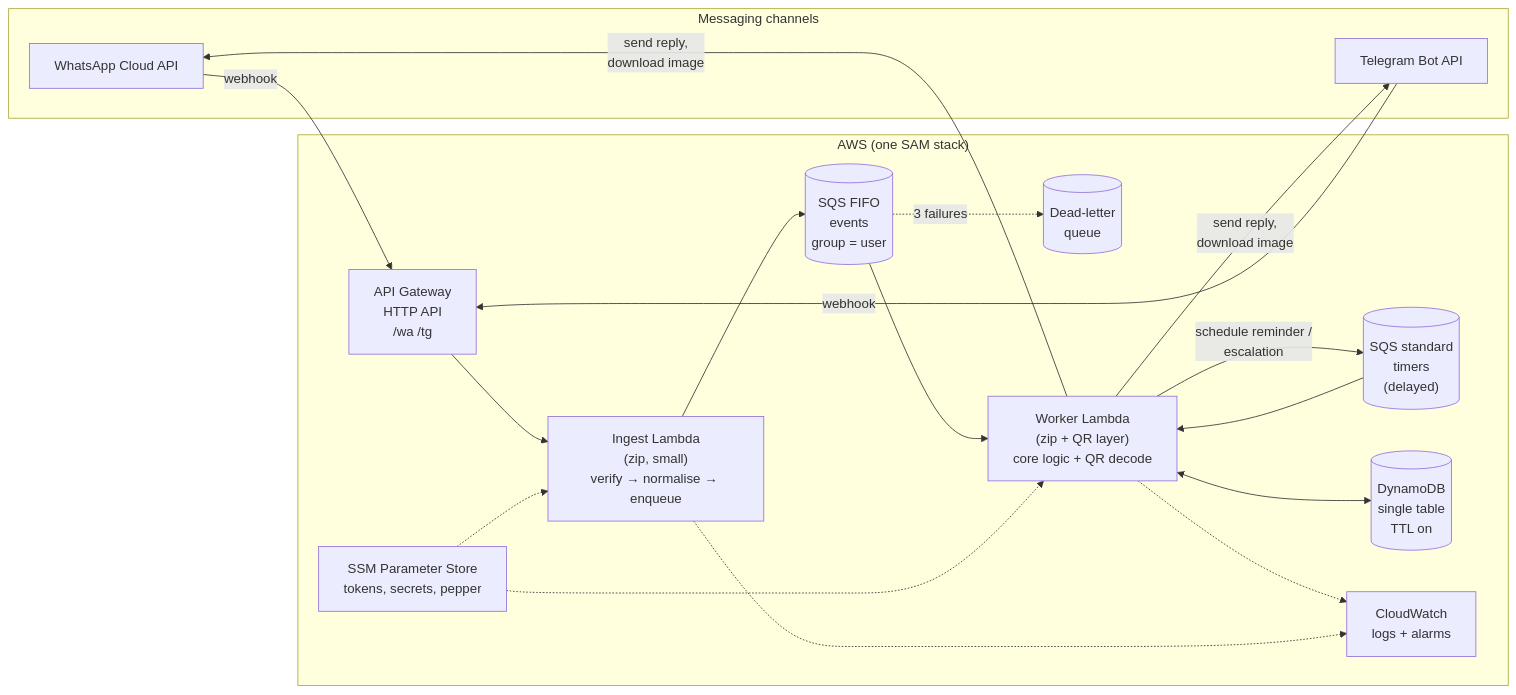
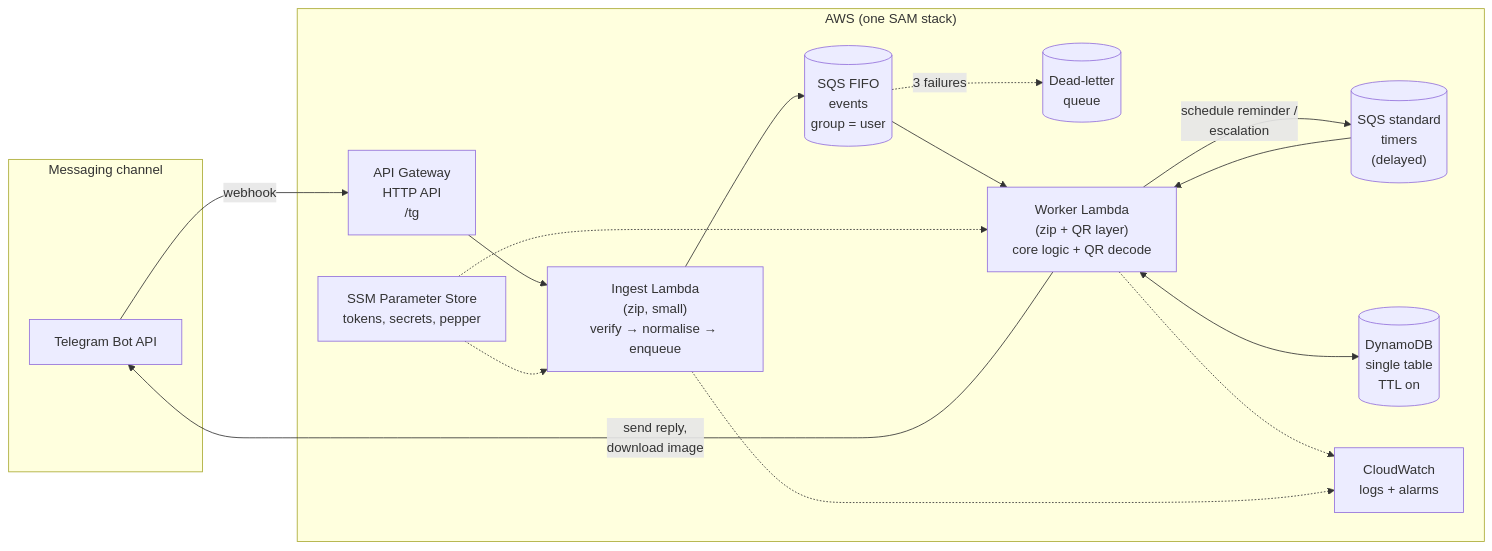
The diagram in docs/diagrams/02-architecture.mmd (WolffeyX/Public-.env-File-Cybersecurity-and-Digital-Safety), drawn with Mermaid before and after one commit. The commit also changed 17 other files, not shown here.

Commit message:
Docs v1.1: Telegram only, refresh diagrams, remove sprint plan

```diff
--- a/docs/diagrams/02-architecture.mmd
+++ b/docs/diagrams/02-architecture.mmd
@@ -1,28 +1,25 @@
 flowchart LR
-  subgraph Channels["Messaging channels"]
-    WA["WhatsApp Cloud API"]
+  subgraph Channels["Messaging channel"]
     TG["Telegram Bot API"]
   end
   subgraph AWS["AWS (one SAM stack)"]
-    GW["API Gateway<br/>HTTP API<br/>/wa  /tg"]
+    GW["API Gateway<br/>HTTP API<br/>/tg"]
     ING["Ingest Lambda<br/>(zip, small)<br/>verify → normalise → enqueue"]
     QF[("SQS FIFO<br/>events<br/>group = user")]
     DLQ[("Dead-letter<br/>queue")]
     QT[("SQS standard<br/>timers<br/>(delayed)")]
     WRK["Worker Lambda<br/>(zip + QR layer)<br/>core logic + QR decode"]
     DDB[("DynamoDB<br/>single table<br/>TTL on")]
     SSM["SSM Parameter Store<br/>tokens, secrets, pepper"]
     CW["CloudWatch<br/>logs + alarms"]
   end
-  WA -- webhook --> GW
   TG -- webhook --> GW
   GW --> ING --> QF --> WRK
   QF -. "3 failures" .-> DLQ
   WRK -- "schedule reminder /<br/>escalation" --> QT --> WRK
   WRK <--> DDB
-  WRK -- "send reply,<br/>download image" --> WA
   WRK -- "send reply,<br/>download image" --> TG
   SSM -.-> ING
   SSM -.-> WRK
   WRK -.-> CW
   ING -.-> CW
```
